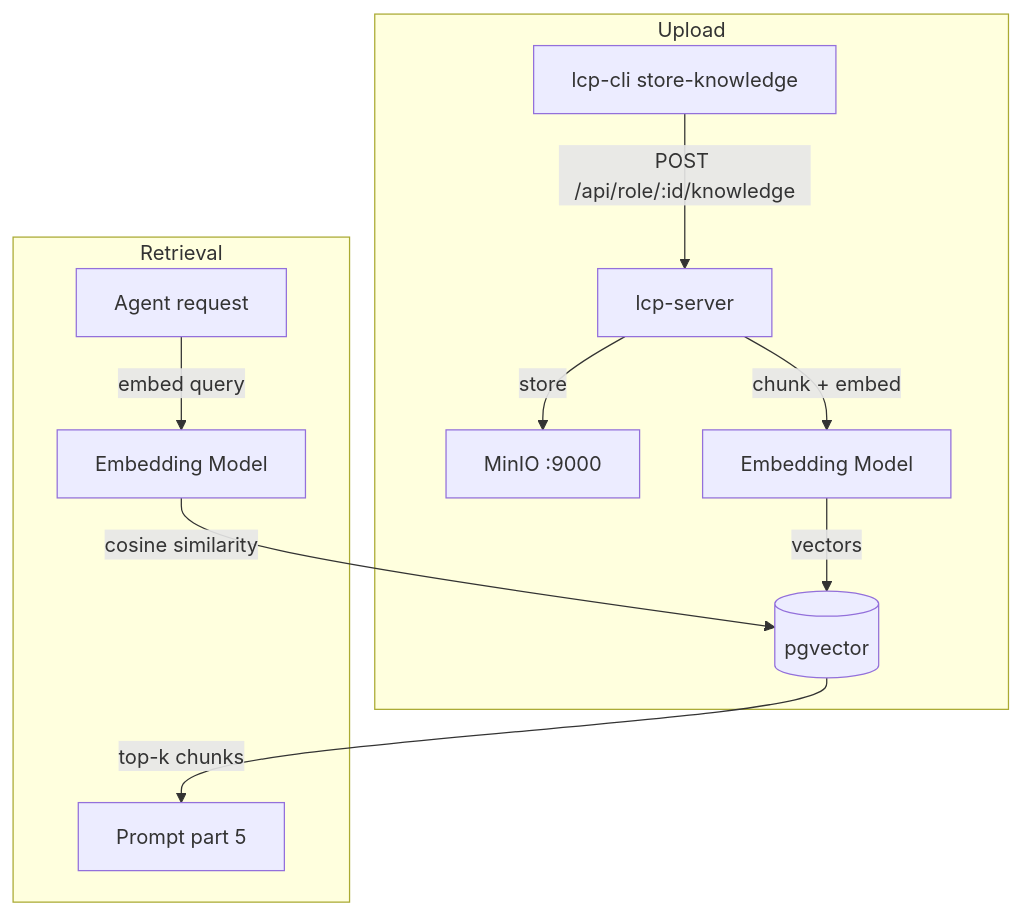
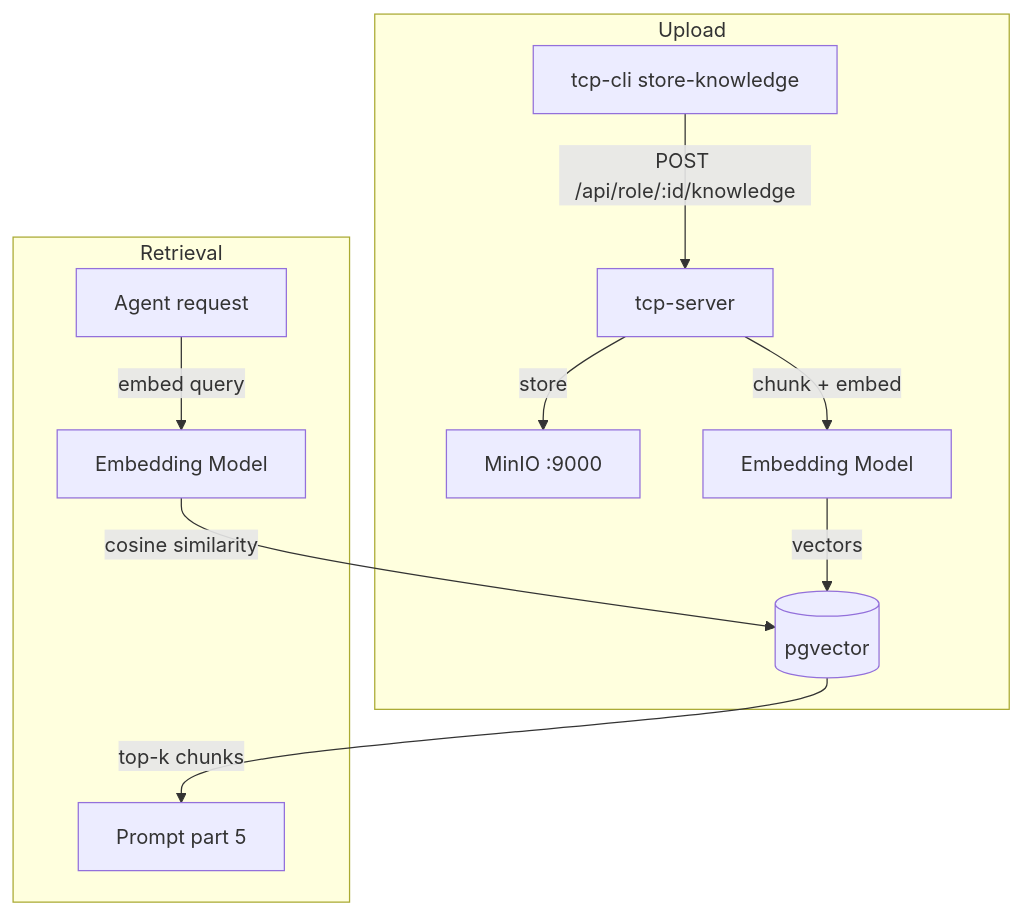
Before and after one commit to instantiator/tcp-server: the diagram in docs/manual-testing/05-rag-documents.md, drawn with Mermaid. The commit also changed other lines of this file and 1129 other files, not shown here.

````diff
--- a/docs/manual-testing/05-rag-documents.md
+++ b/docs/manual-testing/05-rag-documents.md
@@ -11,15 +11,15 @@
 ```mermaid
 flowchart TD
     subgraph Upload
-        CLI[lcp-cli store-knowledge] -->|POST /api/role/:id/knowledge| API[lcp-server]
+        CLI[tcp-cli store-knowledge] -->|POST /api/role/:id/knowledge| API[tcp-server]
         API -->|store| MIO[MinIO :9000]
         API -->|chunk + embed| EMBED[Embedding Model]
         EMBED -->|vectors| PG[(pgvector)]
     end
 
     subgraph Retrieval
         AGENT[Agent request] -->|embed query| EMBED2[Embedding Model]
         EMBED2 -->|cosine similarity| PG
         PG -->|top-k chunks| PROMPT[Prompt part 5]
     end
 ```
````
